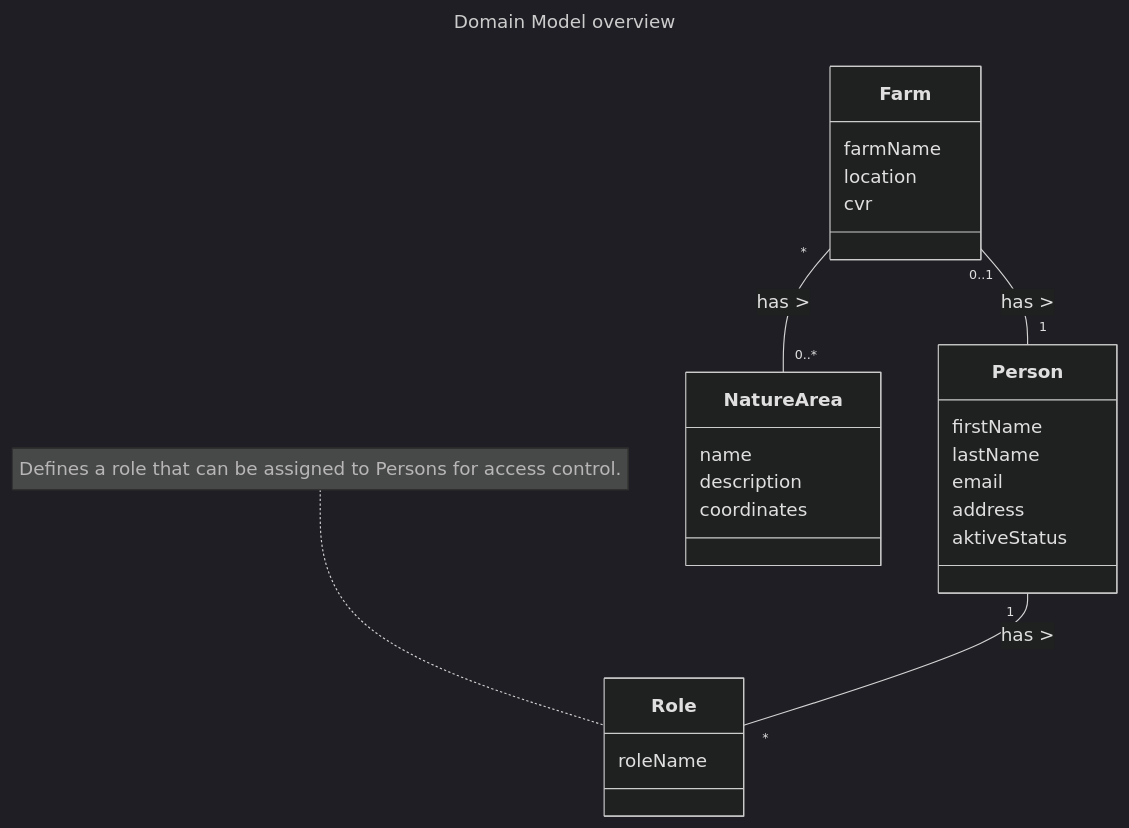
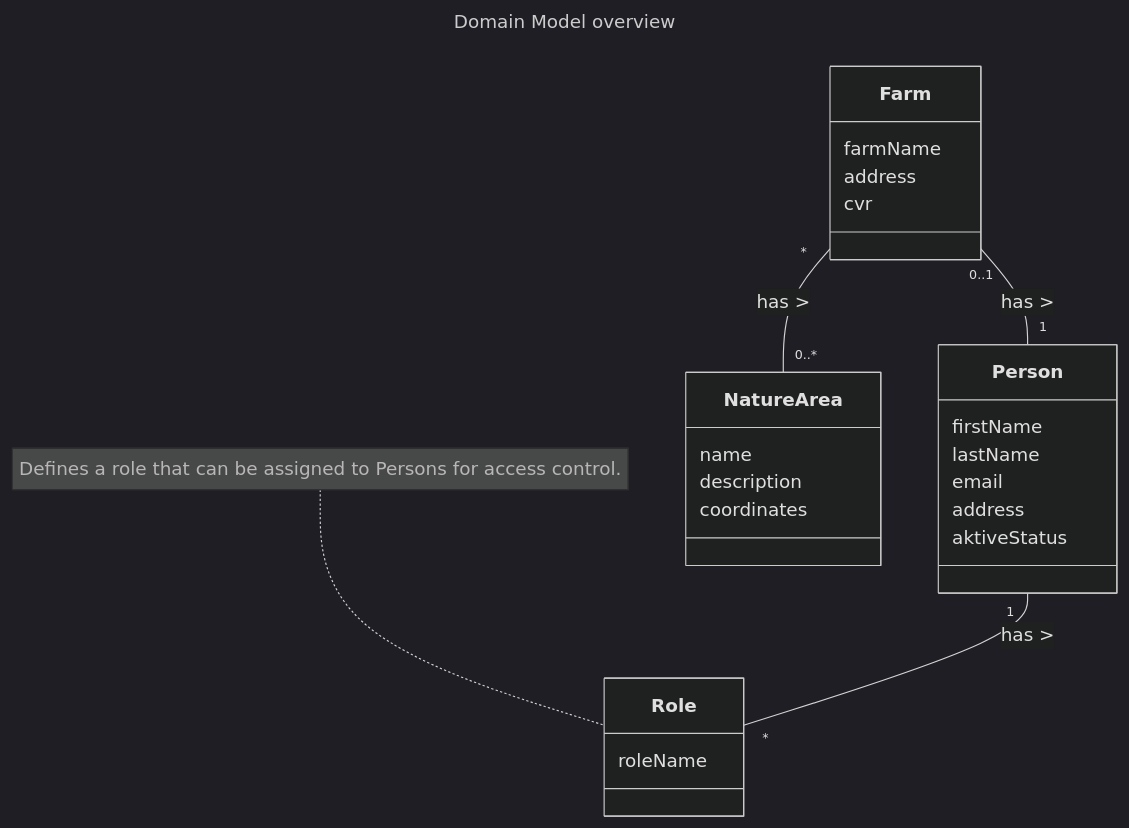
One commit to DMOoF25-TEAM11/ArlaNatureConnect changed the diagram in docs/DomainModel.md. Above: the diagram before and after it, drawn with Mermaid (dark theme). The commit also changed 1 other file, not shown here.

Commit message:
Fix spelling

````diff
--- a/docs/DomainModel.md
+++ b/docs/DomainModel.md
@@ -1,37 +1,37 @@
 ```mermaid
 ---
   title: "Domain Model overview"
 ---
 classDiagram
   direction TB
 
   class Role {
     roleName
   }
 
   class Person {
     firstName
     lastName
     email
     address
     aktiveStatus
   }
 
   class Farm {
     farmName
-    location
+    address
     cvr
   }
 
   class NatureArea {
     name
     description
     coordinates
   }
 
   note for Role "Defines a role that can be assigned to Persons for access control."
 
   Person "1" -- "*" Role : has >
   Farm "0..1" -- "1" Person : has >
   Farm "*" -- "0..*" NatureArea : has >
 ```
````
